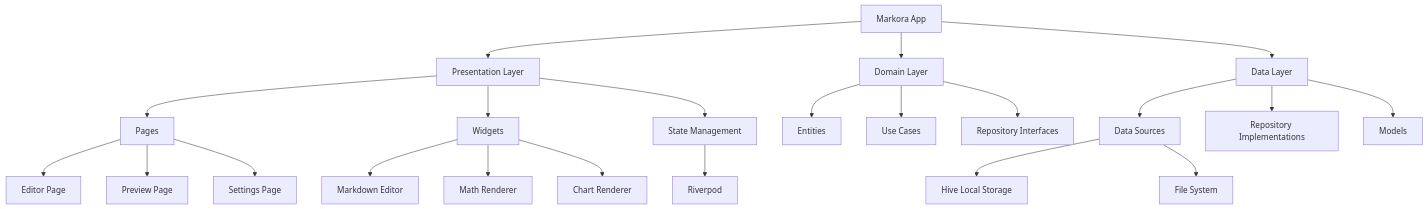
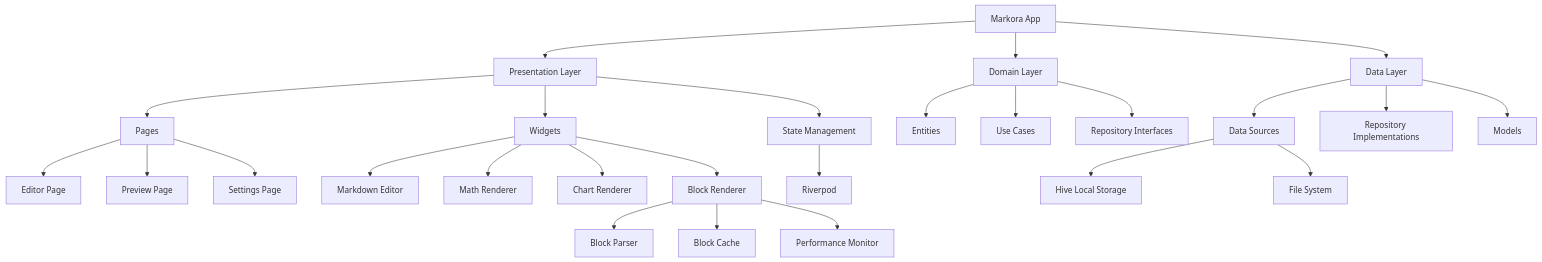
One commit to BinaryRisker/Markora changed the first of 2 diagrams in README.md. Above: the diagram before and after it, drawn with Mermaid. The commit also changed other lines of this file, not shown here.

````diff
--- a/README.md
+++ b/README.md
@@ -70,30 +77,35 @@
 ```mermaid
 graph TB
     A[Markora App] --> B[Presentation Layer]
     A --> C[Domain Layer]
     A --> D[Data Layer]
     
     B --> E[Pages]
     B --> F[Widgets]
     B --> G[State Management]
     
     C --> H[Entities]
     C --> I[Use Cases]
     C --> J[Repository Interfaces]
     
     D --> K[Data Sources]
     D --> L[Repository Implementations]
     D --> M[Models]
     
     G --> N[Riverpod]
     K --> O[Hive Local Storage]
     K --> P[File System]
     
     E --> Q[Editor Page]
     E --> R[Preview Page]
     E --> S[Settings Page]
     
     F --> T[Markdown Editor]
     F --> U[Math Renderer]
     F --> V[Chart Renderer]
+    F --> W[Block Renderer]
+    
+    W --> X[Block Parser]
+    W --> Y[Block Cache]
+    W --> Z[Performance Monitor]
 ```
````
